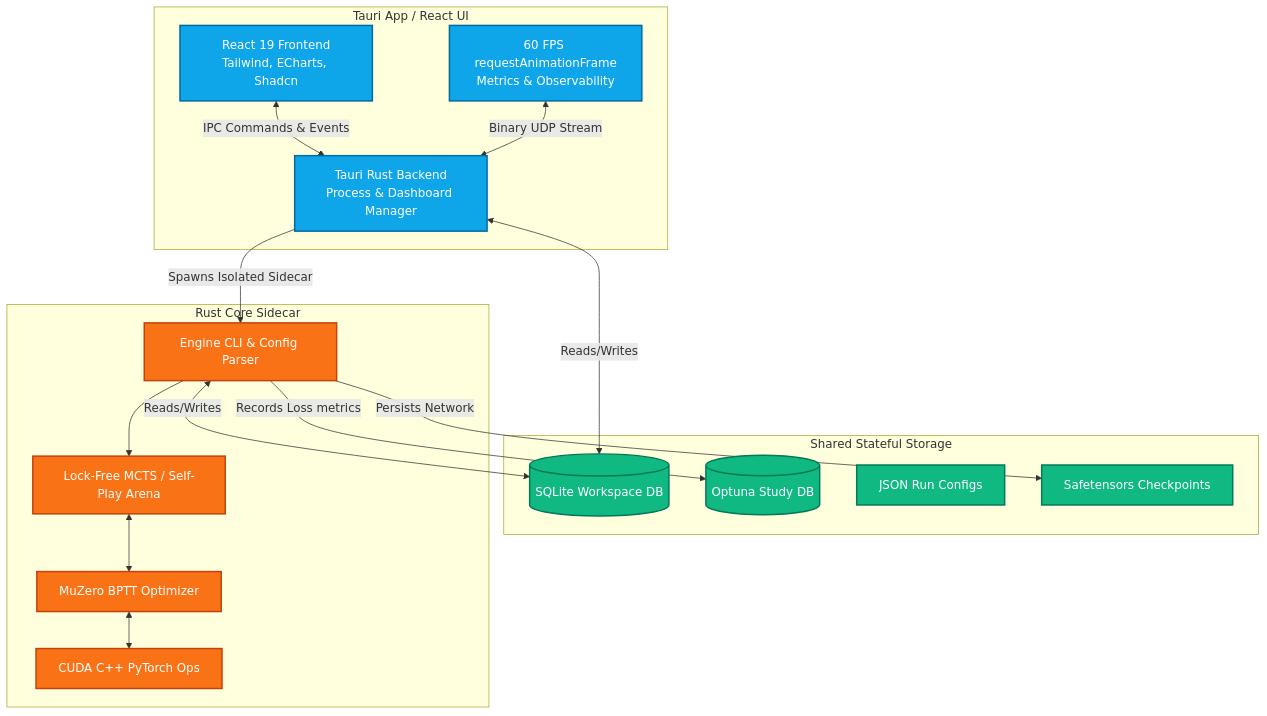
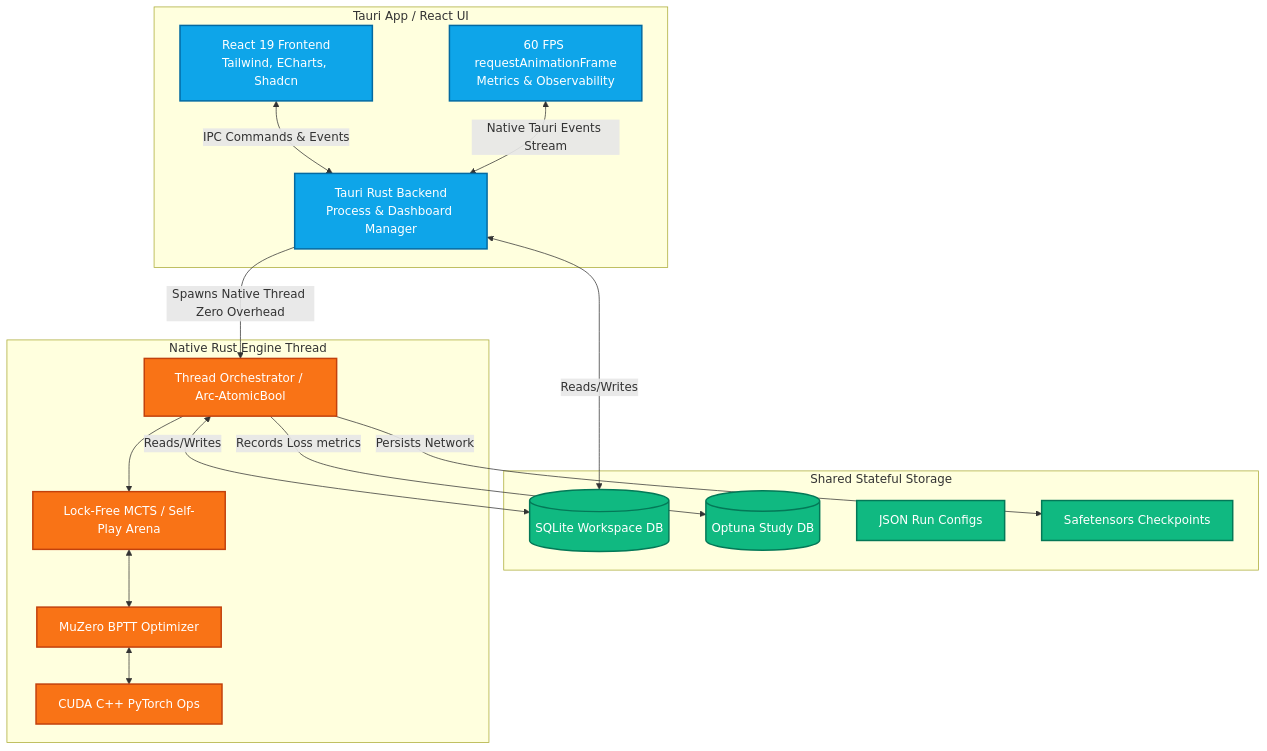
One commit to lguibr/tricked changed the first of 8 diagrams in README.md. Above: the diagram before and after it, drawn with Mermaid. The commit also changed other lines of this file and 3 other files, not shown here.

Commit message:
refactor: migrate engine from sidecar process to native thread orchestration and remove external binary dependencies

````diff
--- a/README.md
+++ b/README.md
@@ -30,39 +30,39 @@
 ```mermaid
 graph TD
     classDef UI fill:#0ea5e9,stroke:#0369a1,stroke-width:2px,color:#fff;
     classDef Engine fill:#f97316,stroke:#c2410c,stroke-width:2px,color:#fff;
     classDef DB fill:#10b981,stroke:#047857,stroke-width:2px,color:#fff;
 
     subgraph Control_Center [Tauri App / React UI]
         React[React 19 Frontend<br/>Tailwind, ECharts, Shadcn]:::UI
         Telemetry[60 FPS requestAnimationFrame<br/>Metrics & Observability]:::UI
         TB[Tauri Rust Backend<br/>Process & Dashboard Manager]:::UI
         
         React <-->|IPC Commands & Events| TB
-        Telemetry <-->|Binary UDP Stream| TB
+        Telemetry <-->|Native Tauri Events Stream| TB
     end
 
     subgraph Workspace [Shared Stateful Storage]
         DB[(SQLite Workspace DB)]:::DB
         OptDB[(Optuna Study DB)]:::DB
         CFG[JSON Run Configs]:::DB
         SAF[Safetensors Checkpoints]:::DB
     end
 
-    subgraph Tricked_Engine [Rust Core Sidecar]
-        CLI[Engine CLI & Config Parser]:::Engine
-        MCTS[Lock-Free MCTS / Self-Play Arena]:::Engine
-        BPTT[MuZero BPTT Optimizer]:::Engine
-        CMOD[CUDA C++ PyTorch Ops]:::Engine
+    subgraph Tricked_Engine [Native Rust Engine Thread]
+        Orchestrator["Thread Orchestrator / Arc-AtomicBool"]:::Engine
+        MCTS["Lock-Free MCTS / Self-Play Arena"]:::Engine
+        BPTT["MuZero BPTT Optimizer"]:::Engine
+        CMOD["CUDA C++ PyTorch Ops"]:::Engine
     end
 
-    TB -->|Spawns Isolated Sidecar| CLI
-    CLI --> MCTS
+    TB -->|Spawns Native Thread Zero Overhead| Orchestrator
+    Orchestrator --> MCTS
     MCTS <--> BPTT
     BPTT <--> CMOD
     
     TB <-->|Reads/Writes| DB
-    CLI <-->|Reads/Writes| DB
-    CLI -->|Persists Network| SAF
-    CLI -->|Records Loss metrics| OptDB
+    Orchestrator <-->|Reads/Writes| DB
+    Orchestrator -->|Persists Network| SAF
+    Orchestrator -->|Records Loss metrics| OptDB
 ```
````
